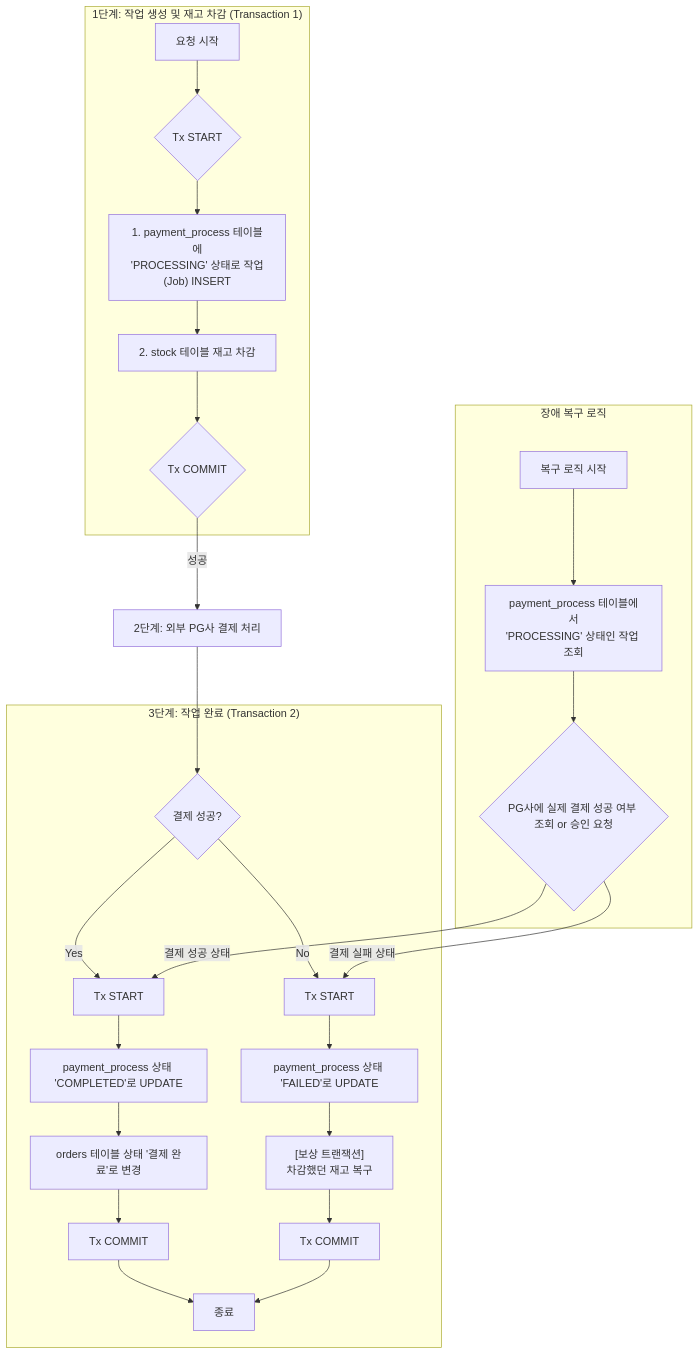
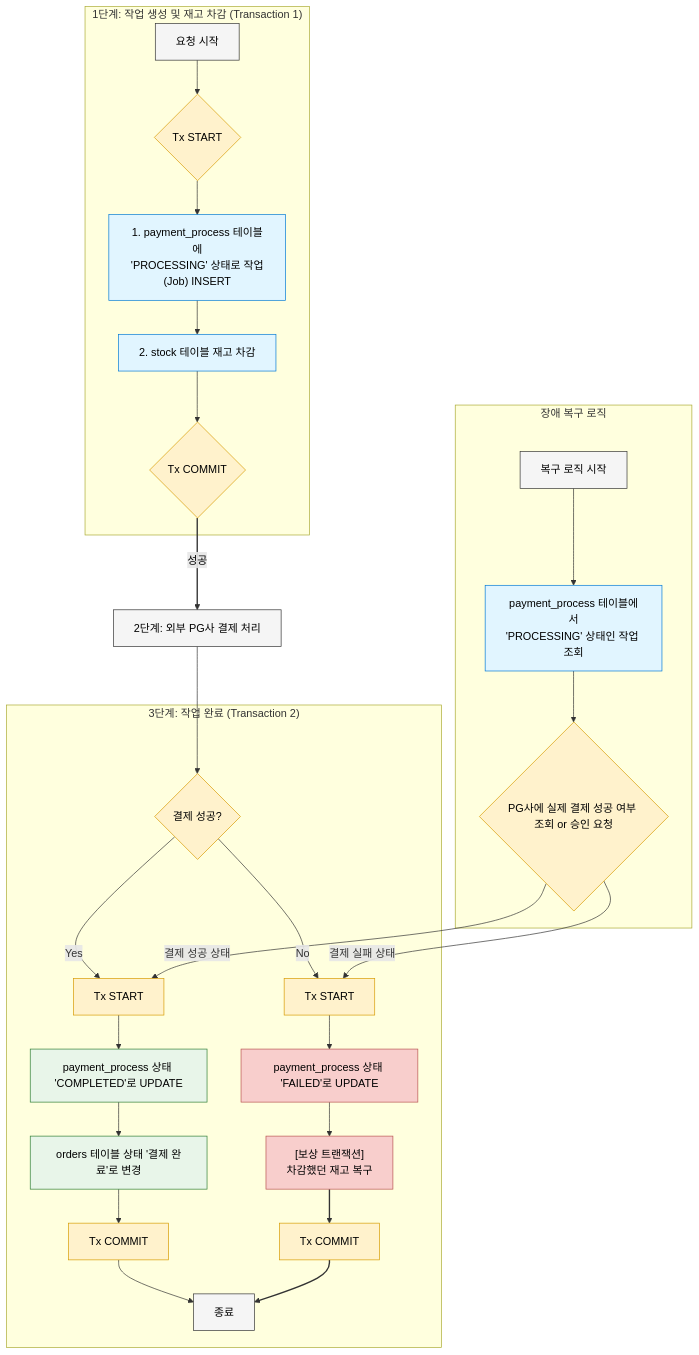
Before and after one commit to hyoguoo/hyoguoo.github.io: the second of 4 diagrams in src/content/docs/blog/payment-compensation-transaction.md, drawn with Mermaid. The commit also changed 7 other files, not shown here.

Commit message:
mod: 일부 다이어그램 사진에서 mermaid로 변경

````diff
--- a/src/content/docs/blog/payment-compensation-transaction.md
+++ b/src/content/docs/blog/payment-compensation-transaction.md
@@ -93,33 +93,43 @@
 ```mermaid
 graph TD
+%% 클래스 정의 (가독성 및 테마 대응)
+    classDef standard fill: #F5F5F5, stroke: #333, color: #000
+    classDef process fill: #E1F5FF, stroke: #0078D4, color: #000
+    classDef decision fill: #FFF2CC, stroke: #D79B00, color: #000
+    classDef success fill: #E8F5E9, stroke: #2E7D32, color: #000
+    classDef fail fill: #F8CECC, stroke: #B85450, color: #000
+
     subgraph sg1 ["1단계: 작업 생성 및 재고 차감 (Transaction 1)"]
-        A["요청 시작"] --> B{"Tx START"};
-        B --> C["1. payment_process 테이블에<br/>'PROCESSING' 상태로 작업(Job) INSERT"];
-        C --> D["2. stock 테이블 재고 차감"];
-        D --> E{"Tx COMMIT"};
+        A["요청 시작"]:::standard --> B{"Tx START"}:::decision
+        B --> C["1. payment_process 테이블에<br/>'PROCESSING' 상태로 작업(Job) INSERT"]:::process
+        C --> D["2. stock 테이블 재고 차감"]:::process
+        D --> E{"Tx COMMIT"}:::decision
     end
 
-    E -- 성공 --> F["2단계: 외부 PG사 결제 처리"];
-    F --> G{결제 성공?};
+    E -- " 성공 " --> F["2단계: 외부 PG사 결제 처리"]:::standard
+    F --> G{결제 성공?}:::decision
+
     subgraph sg3 ["3단계: 작업 완료 (Transaction 2)"]
-        G -- Yes --> H_Success["Tx START"];
-        H_Success --> I_Success["payment_process 상태 'COMPLETED'로 UPDATE"];
-        I_Success --> J_Success["orders 테이블 상태 '결제 완료'로 변경"];
-        J_Success --> K_Success["Tx COMMIT"];
-        K_Success --> L_End["종료"];
-        G -- No --> H_Fail["Tx START"];
-        H_Fail --> I_Fail["payment_process 상태 'FAILED'로 UPDATE"];
-        I_Fail --> J_Fail["[보상 트랜잭션]<br/>차감했던 재고 복구"];
-        J_Fail --> K_Fail["Tx COMMIT"];
-        K_Fail --> L_End;
+        G -- " Yes " --> H_Success["Tx START"]:::decision
+        H_Success --> I_Success["payment_process 상태 'COMPLETED'로 UPDATE"]:::success
+        I_Success --> J_Success["orders 테이블 상태 '결제 완료'로 변경"]:::success
+        J_Success --> K_Success["Tx COMMIT"]:::decision
+        K_Success --> L_End["종료"]:::standard
+        G -- " No " --> H_Fail["Tx START"]:::decision
+        H_Fail --> I_Fail["payment_process 상태 'FAILED'로 UPDATE"]:::fail
+        I_Fail --> J_Fail["[보상 트랜잭션]<br/>차감했던 재고 복구"]:::fail
+        J_Fail --> K_Fail["Tx COMMIT"]:::decision
+        K_Fail --> L_End
     end
 
     subgraph sg_recovery ["장애 복구 로직"]
-        Z["복구 로직 시작"] --> Y["payment_process 테이블에서<br/>'PROCESSING' 상태인 작업 조회"];
-        Y --> X{"PG사에 실제 결제 성공 여부 조회 or 승인 요청"};
+        Z["복구 로직 시작"]:::standard --> Y["payment_process 테이블에서<br/>'PROCESSING' 상태인 작업 조회"]:::process
+        Y --> X{"PG사에 실제 결제 성공 여부 조회 or 승인 요청"}:::decision
+    %% 복구 로직 연동
+        X -- " 결제 성공 상태 " --> H_Success
+        X -- " 결제 실패 상태 " --> H_Fail
+    end
 
-    %% 복구 로직이 중단되었던 3단계 로직을 다시 실행
-        X -- " 결제 성공 상태 " --> H_Success;
-        X -- " 결제 실패 상태 " --> H_Fail;
-    end
+%% 스타일 보정 (연결선 텍스트 강조)
+    linkStyle 4,14,15 stroke: #333, stroke-width: 2px, color: #000
 ```
````
